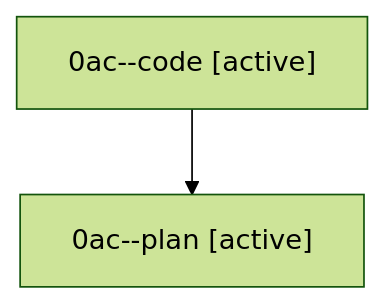
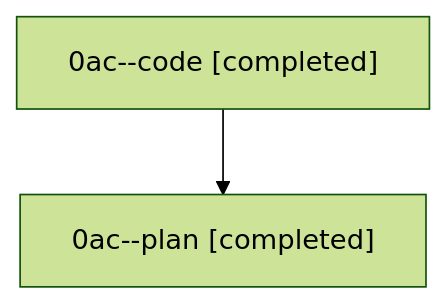
The diagram in families/bbugyi200.athena.0ac.md (sase-org/sase--agents), drawn with Mermaid (forest theme) before and after one commit. The commit also changed other lines of this file and 35 other files, not shown here.

````diff
--- a/families/bbugyi200.athena.0ac.md
+++ b/families/bbugyi200.athena.0ac.md
@@ -9,6 +9,6 @@
 ```mermaid
 flowchart TD
-  n0["0ac--code [active]"]
-  n1["0ac--plan [active]"]
+  n0["0ac--code [completed]"]
+  n1["0ac--plan [completed]"]
   n0 --> n1
 ```
````
